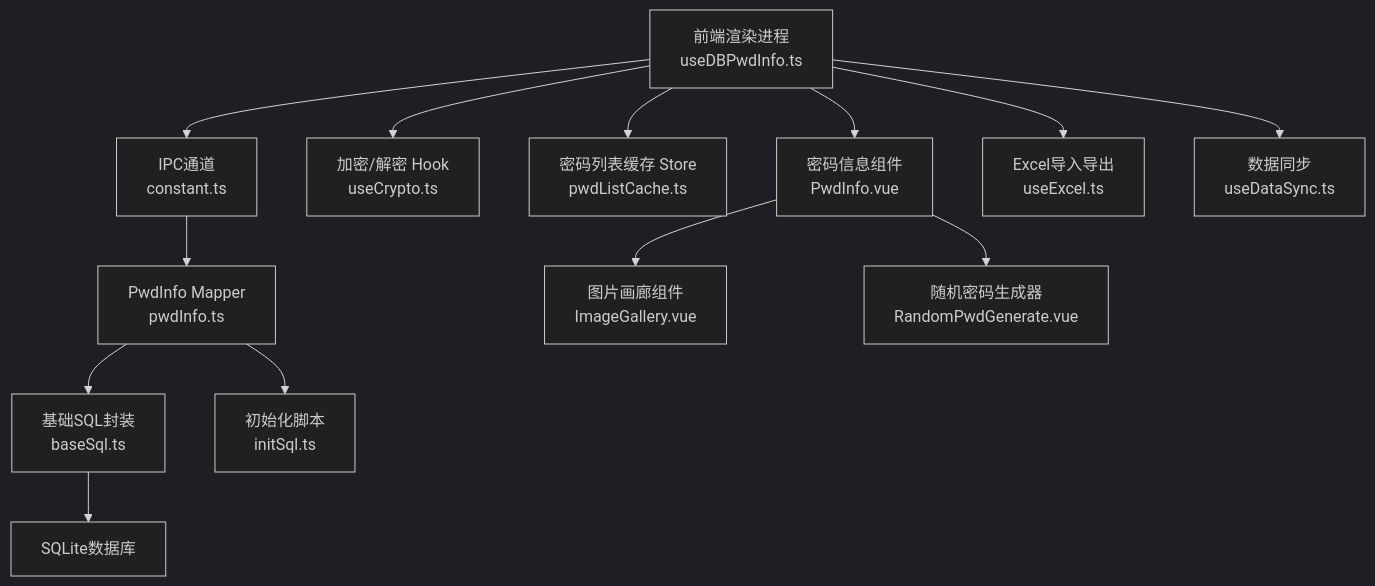
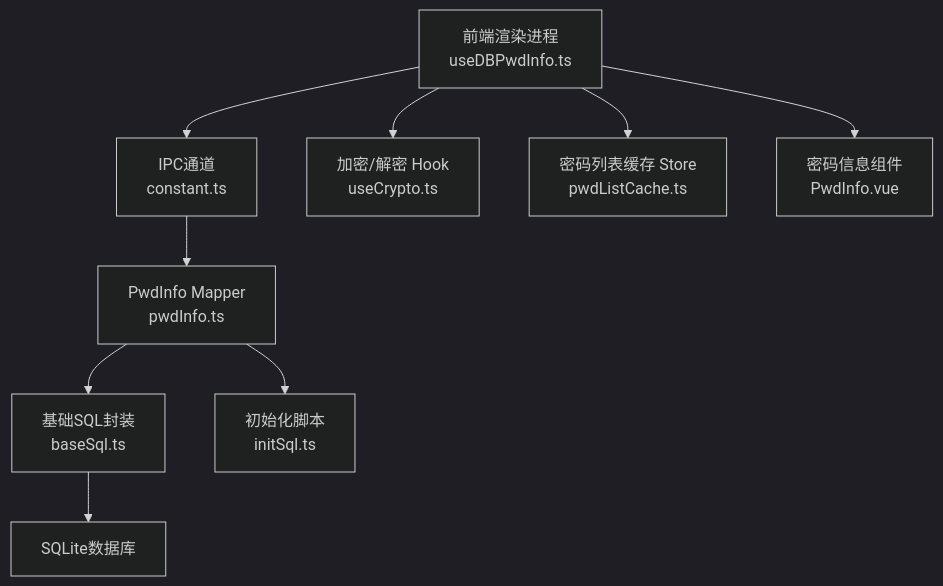
One commit to scgithub3220216/password-manager changed the first of 7 diagrams in .qoder/repowiki/zh/content/架构设计/数据库层架构/Mapper层设计/密码信息Mapper.md. Above: the diagram before and after it, drawn with Mermaid (dark theme). The commit also changed other lines of this file and 17 other files, not shown here.

````diff
--- a/.qoder/repowiki/zh/content/架构设计/数据库层架构/Mapper层设计/密码信息Mapper.md
+++ b/.qoder/repowiki/zh/content/架构设计/数据库层架构/Mapper层设计/密码信息Mapper.md
@@ -58,15 +42,11 @@
 ```mermaid
 graph TB
 FE["前端渲染进程<br/>useDBPwdInfo.ts"] --> IPC["IPC通道<br/>constant.ts"]
 IPC --> M["PwdInfo Mapper<br/>pwdInfo.ts"]
 M --> BS["基础SQL封装<br/>baseSql.ts"]
 BS --> DB["SQLite数据库"]
 M --> INIT["初始化脚本<br/>initSql.ts"]
 FE --> CRYPTO["加密/解密 Hook<br/>useCrypto.ts"]
 FE --> CACHE["密码列表缓存 Store<br/>pwdListCache.ts"]
 FE --> UI["密码信息组件<br/>PwdInfo.vue"]
-UI --> IMG["图片画廊组件<br/>ImageGallery.vue"]
-UI --> RAND["随机密码生成器<br/>RandomPwdGenerate.vue"]
-FE --> EXCEL["Excel导入导出<br/>useExcel.ts"]
-FE --> SYNC["数据同步<br/>useDataSync.ts"]
 ```
````
